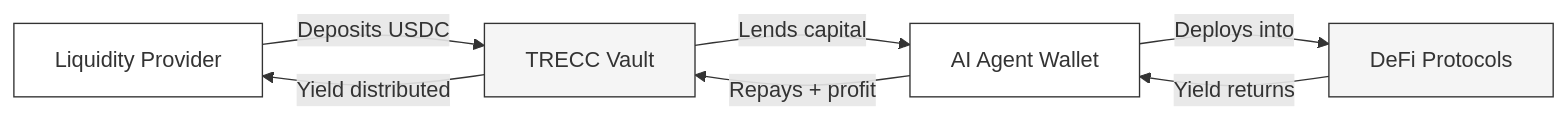
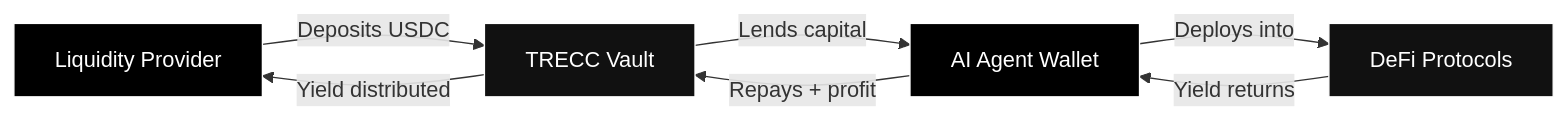
The diagram in index.mdx (TRECC-eth/docs), drawn with Mermaid before and after one commit. The commit also changed 12 other files, not shown here.

Commit message:
changed diagram colours

````diff
--- a/index.mdx
+++ b/index.mdx
@@ -19,14 +19,14 @@
 ```mermaid
 graph LR
     LP[Liquidity Provider] -->|Deposits USDC| VAULT[TRECC Vault]
     VAULT -->|Lends capital| AGENT[AI Agent Wallet]
     AGENT -->|Deploys into| DEFI[DeFi Protocols]
     DEFI -->|Yield returns| AGENT
     AGENT -->|Repays + profit| VAULT
     VAULT -->|Yield distributed| LP
 
-    style LP fill:#ffffff,stroke:#333333
-    style VAULT fill:#f5f5f5,stroke:#333333
-    style AGENT fill:#ffffff,stroke:#333333
-    style DEFI fill:#f5f5f5,stroke:#333333
+    style LP fill:#000000,stroke:#ffffff,color:#ffffff
+    style VAULT fill:#111111,stroke:#ffffff,color:#ffffff
+    style AGENT fill:#000000,stroke:#ffffff,color:#ffffff
+    style DEFI fill:#111111,stroke:#ffffff,color:#ffffff
 ```
````
